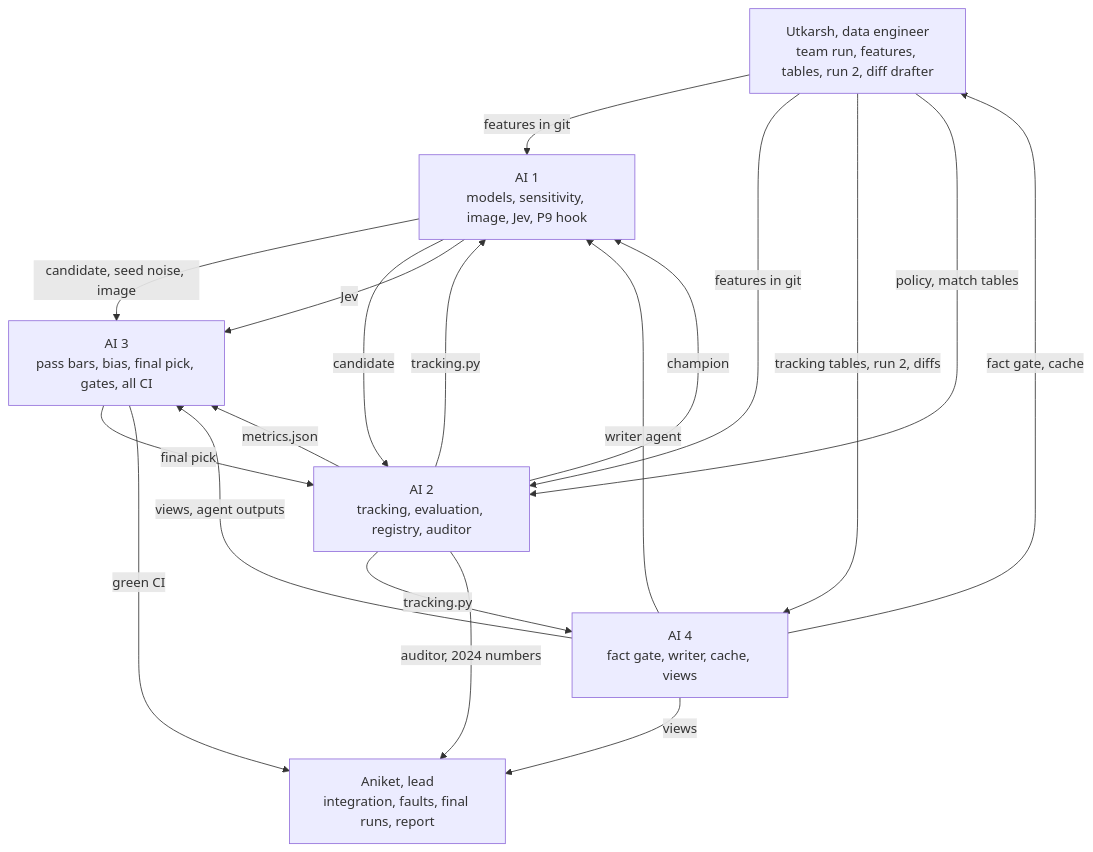
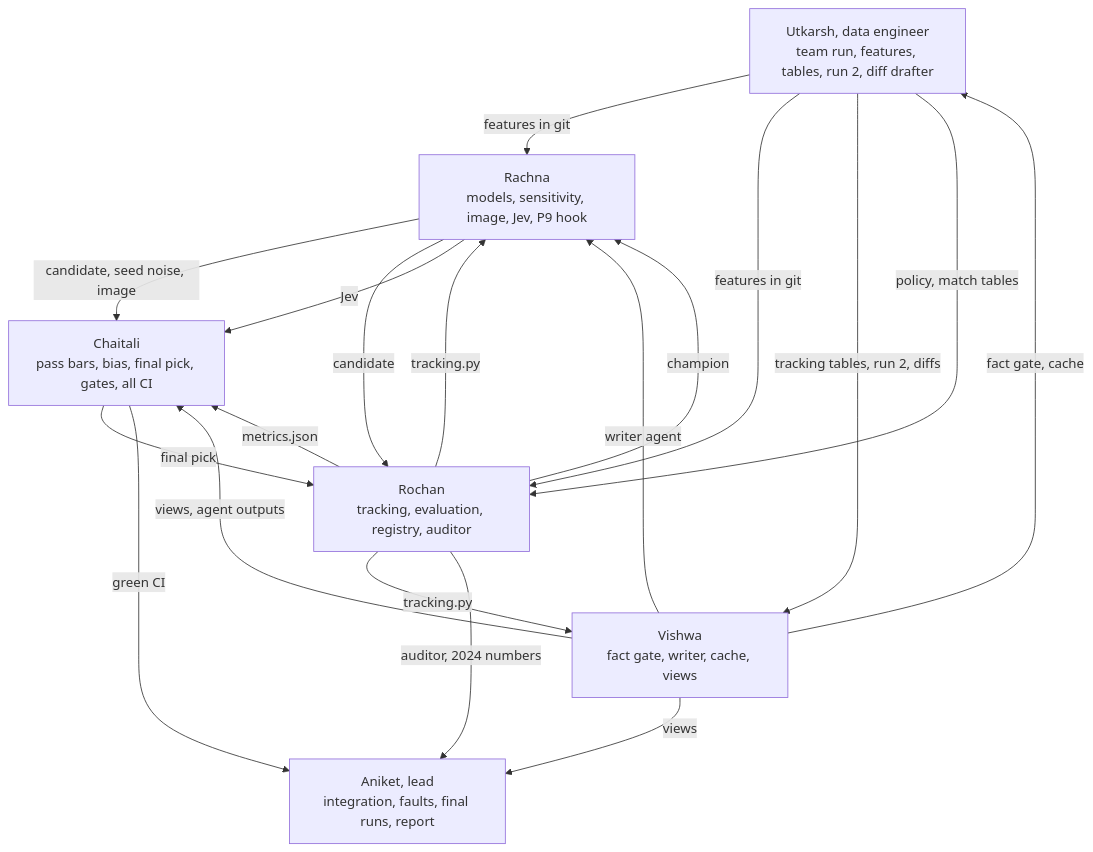
Before and after one commit to Itsme-aniketghosh/Meridian: the second of 2 diagrams in Model-Pipeline/PLAN.md, drawn with Mermaid. The commit also changed other lines of this file and 7 other files, not shown here.

````diff
--- a/Model-Pipeline/PLAN.md
+++ b/Model-Pipeline/PLAN.md
@@ -249,28 +249,28 @@
 ```mermaid
 flowchart TD
   utkarsh["Utkarsh, data engineer<br/>team run, features, tables, run 2, diff drafter"]
-  ai1["AI 1<br/>models, sensitivity, image, Jev, P9 hook"]
-  ai2["AI 2<br/>tracking, evaluation, registry, auditor"]
-  ai3["AI 3<br/>pass bars, bias, final pick, gates, all CI"]
-  ai4["AI 4<br/>fact gate, writer, cache, views"]
+  ai1["Rachna<br/>models, sensitivity, image, Jev, P9 hook"]
+  ai2["Rochan<br/>tracking, evaluation, registry, auditor"]
+  ai3["Chaitali<br/>pass bars, bias, final pick, gates, all CI"]
+  ai4["Vishwa<br/>fact gate, writer, cache, views"]
   aniket["Aniket, lead<br/>integration, faults, final runs, report"]
 
   utkarsh -->|"features in git"| ai1
   utkarsh -->|"features in git"| ai2
   utkarsh -->|"tracking tables, run 2, diffs"| ai4
   utkarsh -->|"policy, match tables"| ai2
   ai2 -->|"tracking.py"| ai1
   ai2 -->|"tracking.py"| ai4
   ai1 -->|"candidate, seed noise, image"| ai3
   ai1 -->|"candidate"| ai2
   ai2 -->|"metrics.json"| ai3
   ai3 -->|"final pick"| ai2
   ai2 -->|"champion"| ai1
   ai4 -->|"fact gate, cache"| utkarsh
   ai4 -->|"writer agent"| ai1
   ai1 -->|"Jev"| ai3
   ai4 -->|"views, agent outputs"| ai3
   ai3 -->|"green CI"| aniket
   ai2 -->|"auditor, 2024 numbers"| aniket
   ai4 -->|"views"| aniket
 ```
````
